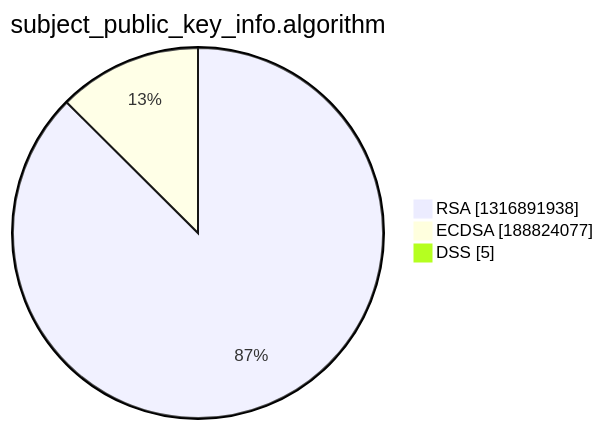
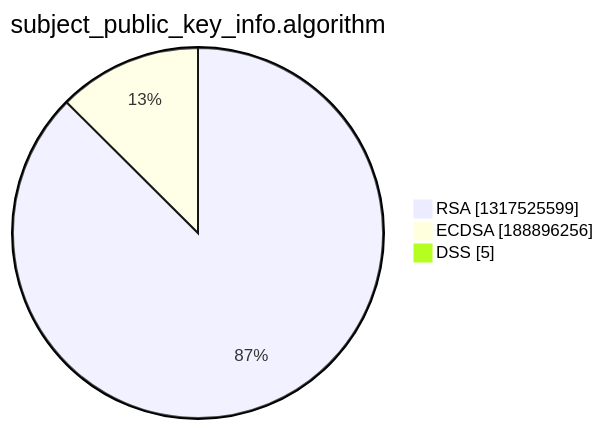
One commit to christiankrug/ctmonitor_visualization changed the third of 15 diagrams in xenon2022/README.md. Above: the diagram before and after it, drawn with Mermaid. The commit also changed other lines of this file, not shown here.

````diff
--- a/xenon2022/README.md
+++ b/xenon2022/README.md
@@ -14,7 +14,7 @@
 ```mermaid
 pie showData
 title subject_public_key_info.algorithm
-"RSA" :1316891938
-"ECDSA" :188824077
+"RSA" :1317525599
+"ECDSA" :188896256
 "DSS" :5
 ```
````
